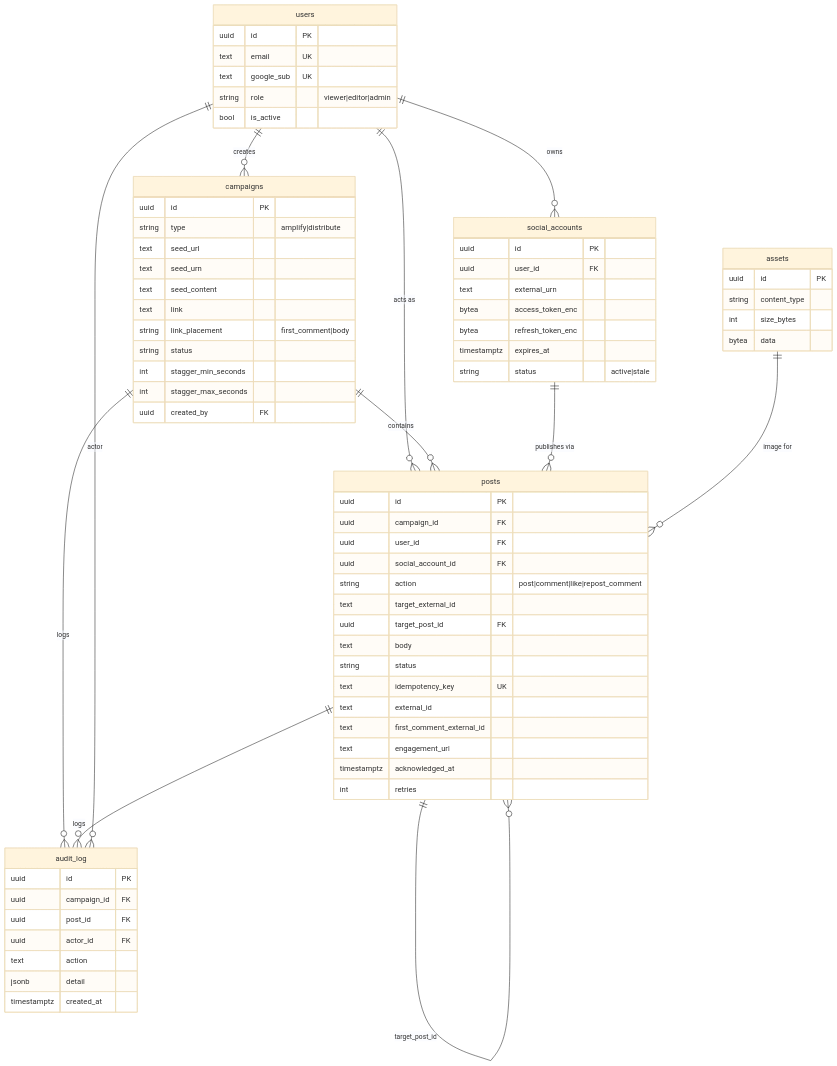
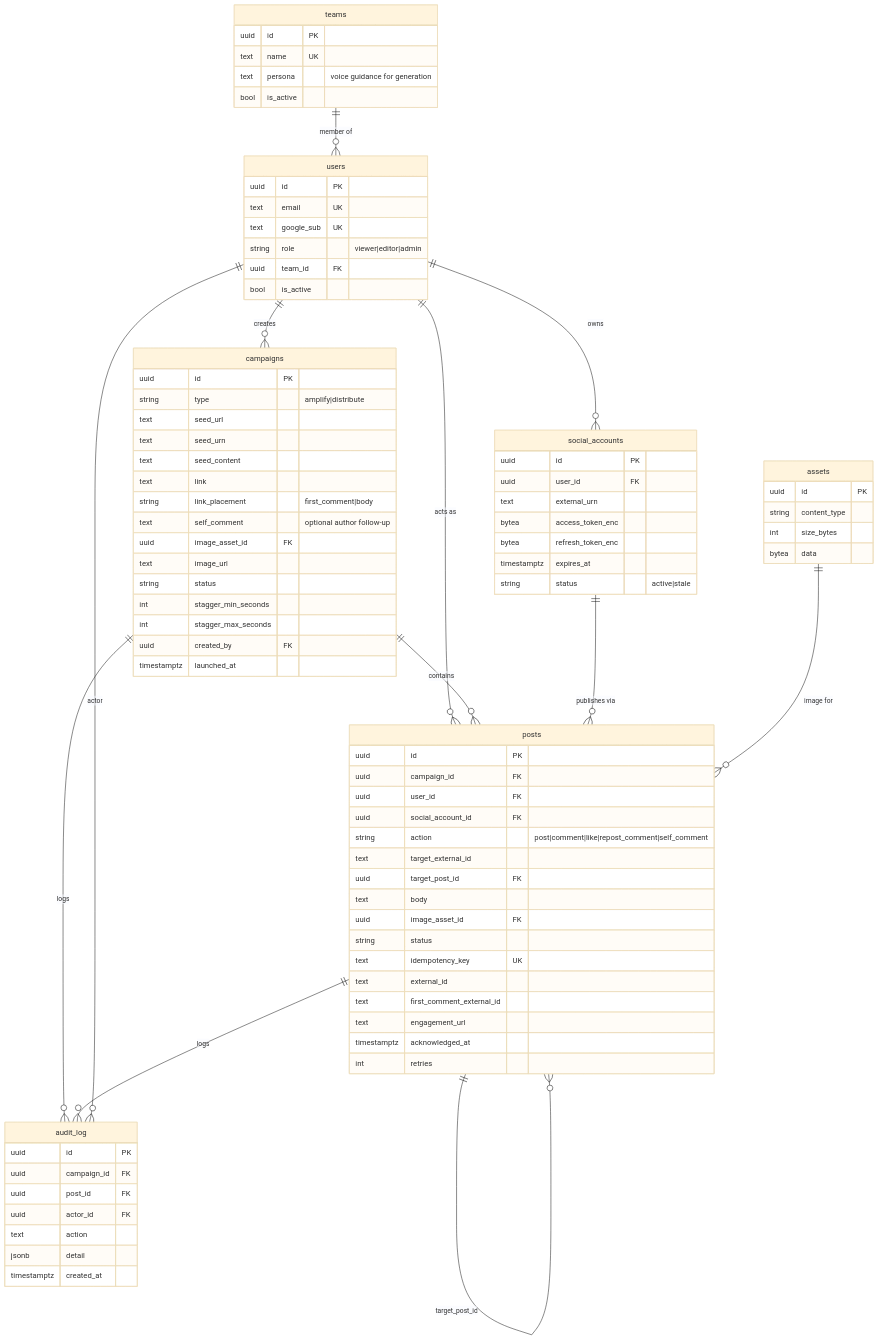
The fourth of 7 diagrams in docs/ARCHITECTURE.md (S1LV3RJ1NX/superHype), drawn with Mermaid (base theme) before and after one commit. The commit also changed other lines of this file and 38 other files, not shown here.

````diff
--- a/docs/ARCHITECTURE.md
+++ b/docs/ARCHITECTURE.md
@@ -159,5 +166,6 @@
 ```mermaid
 erDiagram
+    teams ||--o{ users : "member of"
     users ||--o{ social_accounts : owns
     users ||--o{ campaigns : creates
     users ||--o{ posts : "acts as"
@@ -169,11 +177,18 @@
     posts ||--o{ audit_log : logs
     users ||--o{ audit_log : actor
 
+    teams {
+        uuid id PK
+        text name UK
+        text persona "voice guidance for generation"
+        bool is_active
+    }
     users {
         uuid id PK
         text email UK
         text google_sub UK
         string role "viewer|editor|admin"
+        uuid team_id FK
         bool is_active
     }
     social_accounts {
@@ -193,20 +208,25 @@
         text seed_content
         text link
         string link_placement "first_comment|body"
+        text self_comment "optional author follow-up"
+        uuid image_asset_id FK
+        text image_url
         string status
         int stagger_min_seconds
         int stagger_max_seconds
         uuid created_by FK
+        timestamptz launched_at
     }
     posts {
         uuid id PK
         uuid campaign_id FK
         uuid user_id FK
         uuid social_account_id FK
-        string action "post|comment|like|repost_comment"
+        string action "post|comment|like|repost_comment|self_comment"
         text target_external_id
         uuid target_post_id FK
         text body
+        uuid image_asset_id FK
         string status
         text idempotency_key UK
         text external_id
````
